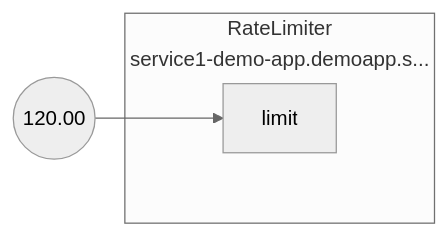
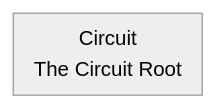
Before and after one commit to dataongunlaws/aperture: the diagram in docs/content/tutorials/integrations/flow-control/rate-limiting/assets/static-rate-limiting/static-rate-limiting.mmd, drawn with Mermaid (neutral theme). The commit also changed 59 other files, not shown here.

First line of the commit message:
add flowcontrolresources and add deprecation tooling (#1632)

```diff
--- a/docs/content/tutorials/integrations/flow-control/rate-limiting/assets/static-rate-limiting/static-rate-limiting.mmd
+++ b/docs/content/tutorials/integrations/flow-control/rate-limiting/assets/static-rate-limiting/static-rate-limiting.mmd
@@ -1,9 +1,3 @@
 flowchart LR
-FakeConstant0((120.00))
-FakeConstant0 --> root.0limit
-subgraph root.0[<center>RateLimiter<br/>service1-demo-app.demoapp.s...</center>]
-subgraph root.0_inports[ ]
-style root.0_inports fill:none,stroke:none
-root.0limit[limit]
+subgraph root[<center>Circuit<br/>The Circuit Root</center>]
 end
-end
```
